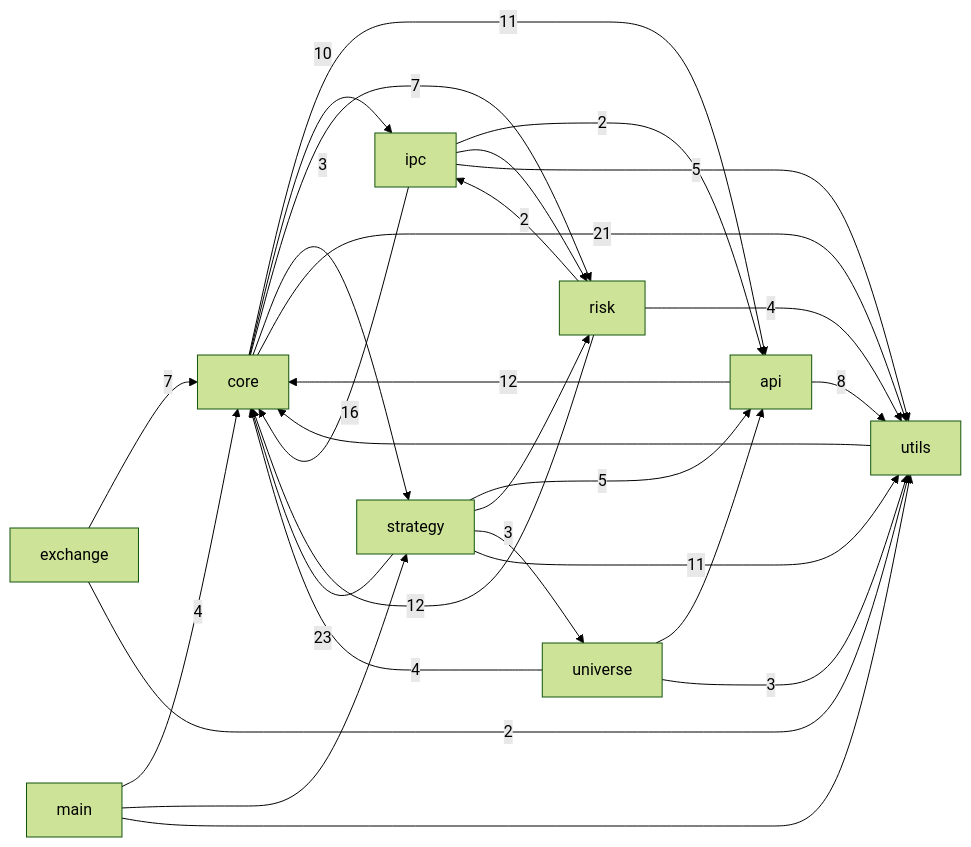
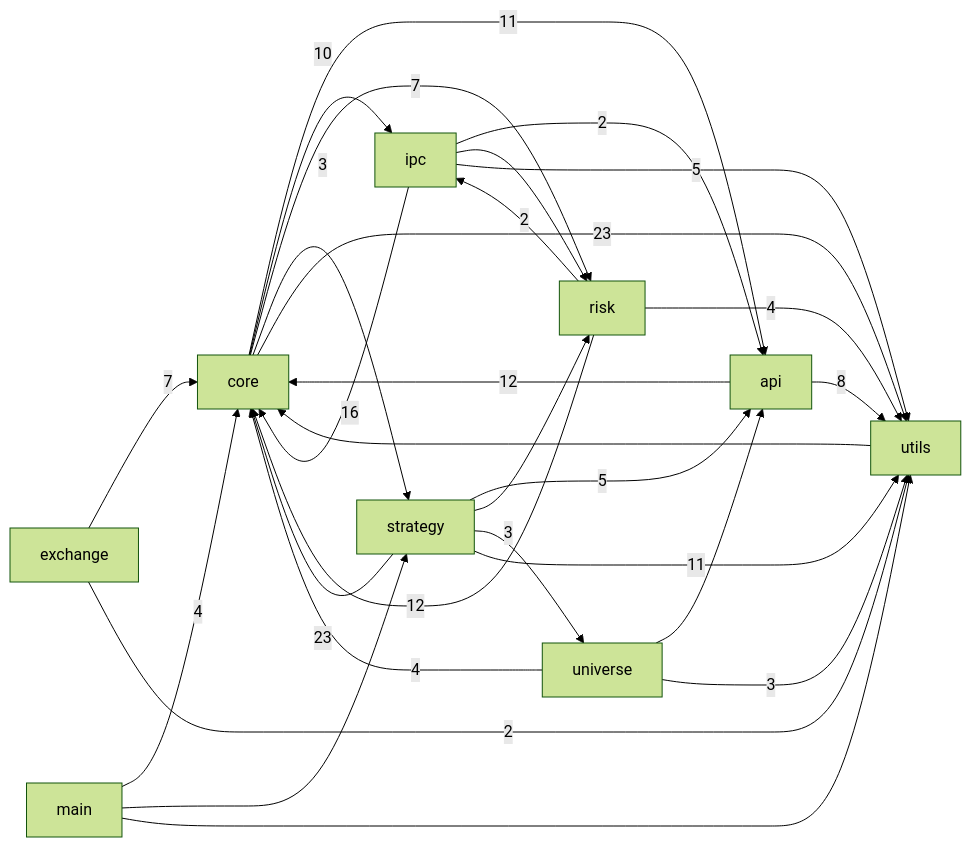
Before and after one commit to pypy8171/Quant: the first of 3 diagrams in docs/CODE_GRAPH.md, drawn with Mermaid (forest theme). The commit also changed other lines of this file and 11 other files, not shown here.

````diff
--- a/docs/CODE_GRAPH.md
+++ b/docs/CODE_GRAPH.md
@@ -10,40 +10,40 @@
 ```mermaid
 graph LR
   main[main]
   core[core]
   strategy[strategy]
   api[api]
   universe[universe]
   risk[risk]
   ipc[ipc]
   utils[utils]
   exchange[exchange]
   api -->|12| core
   api -->|8| utils
   core -->|11| api
   core -->|10| ipc
   core -->|7| risk
   core -->|3| strategy
-  core -->|21| utils
+  core -->|23| utils
   exchange -->|7| core
   exchange -->|2| utils
   ipc -->|2| api
   ipc -->|16| core
   ipc --> risk
   ipc -->|5| utils
   main -->|4| core
   main --> strategy
   main --> utils
   risk -->|12| core
   risk -->|2| ipc
   risk -->|4| utils
   strategy -->|5| api
   strategy -->|23| core
   strategy --> risk
   strategy -->|3| universe
   strategy -->|11| utils
   universe --> api
   universe -->|4| core
   universe -->|3| utils
   utils --> core
 ```
````
